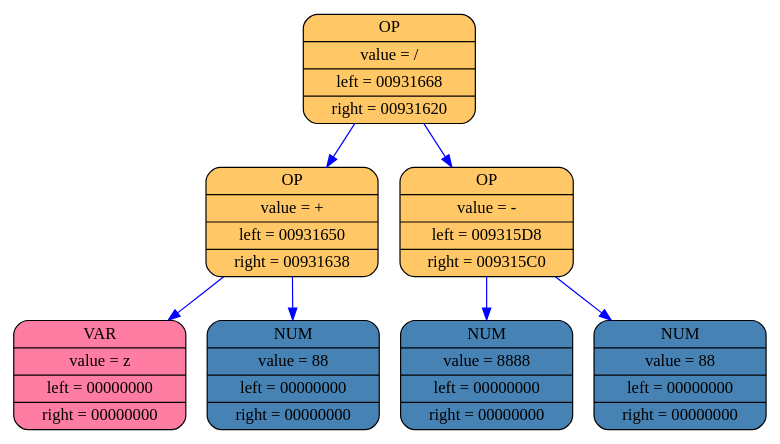
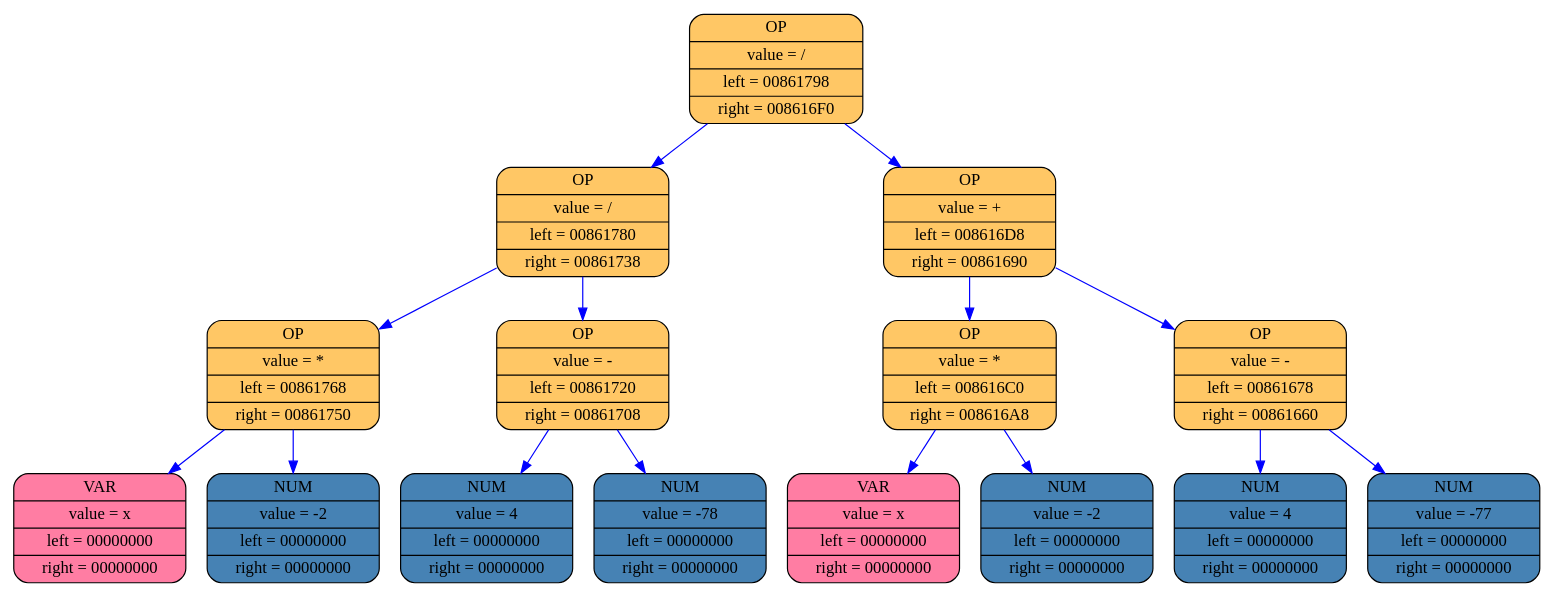
One commit to aywert/DIFFERENCIATOR changed the diagram in log_folder_differenciator/differenciator_graph.dot. Above: the diagram before and after it, drawn with Graphviz. The commit also changed 9 other files, not shown here.

```diff
--- a/log_folder_differenciator/differenciator_graph.dot
+++ b/log_folder_differenciator/differenciator_graph.dot
@@ -1,17 +1,33 @@
 digraph list
 {
 rankdir=HR;
-	9639556 [shape = Mrecord; style = filled; fillcolor="#ffc765"; color = "#000000"; fontcolor = "#000000"; label = "{ OP | value = / | left = 00931668| right = 00931620}"];
-	9639532 [shape = Mrecord; style = filled; fillcolor="#ffc765"; color = "#000000"; fontcolor = "#000000"; label = "{ OP | value = + | left = 00931650| right = 00931638}"];
-	9639556 -> 9639532 [color="blue"]
-	9639508 [shape = Mrecord; style = filled; fillcolor="#ff7da3"; color = "#000000"; fontcolor = "#000000"; label = "{ VAR | value = z | left = 00000000| right = 00000000}"];
-	9639532 -> 9639508 [color="blue"]
-	9639484 [shape = Mrecord; style = filled; fillcolor="#4682b4"; color = "#000000"; fontcolor = "#000000"; label = "{ NUM | value = 88 | left = 00000000| right = 00000000}"];
-	9639532 -> 9639484 [color="blue"]
-	9639460 [shape = Mrecord; style = filled; fillcolor="#ffc765"; color = "#000000"; fontcolor = "#000000"; label = "{ OP | value = - | left = 009315D8| right = 009315C0}"];
-	9639556 -> 9639460 [color="blue"]
-	9639388 [shape = Mrecord; style = filled; fillcolor="#4682b4"; color = "#000000"; fontcolor = "#000000"; label = "{ NUM | value = 8888 | left = 00000000| right = 00000000}"];
-	9639460 -> 9639388 [color="blue"]
-	9639364 [shape = Mrecord; style = filled; fillcolor="#4682b4"; color = "#000000"; fontcolor = "#000000"; label = "{ NUM | value = 88 | left = 00000000| right = 00000000}"];
-	9639460 -> 9639364 [color="blue"]
+	8787892 [shape = Mrecord; style = filled; fillcolor="#ffc765"; color = "#000000"; fontcolor = "#000000"; label = "{ OP | value = / | left = 00861798| right = 008616F0}"];
+	8787868 [shape = Mrecord; style = filled; fillcolor="#ffc765"; color = "#000000"; fontcolor = "#000000"; label = "{ OP | value = / | left = 00861780| right = 00861738}"];
+	8787892 -> 8787868 [color="blue"]
+	8787844 [shape = Mrecord; style = filled; fillcolor="#ffc765"; color = "#000000"; fontcolor = "#000000"; label = "{ OP | value = * | left = 00861768| right = 00861750}"];
+	8787868 -> 8787844 [color="blue"]
+	8787820 [shape = Mrecord; style = filled; fillcolor="#ff7da3"; color = "#000000"; fontcolor = "#000000"; label = "{ VAR | value = x | left = 00000000| right = 00000000}"];
+	8787844 -> 8787820 [color="blue"]
+	8787796 [shape = Mrecord; style = filled; fillcolor="#4682b4"; color = "#000000"; fontcolor = "#000000"; label = "{ NUM | value = -2 | left = 00000000| right = 00000000}"];
+	8787844 -> 8787796 [color="blue"]
+	8787772 [shape = Mrecord; style = filled; fillcolor="#ffc765"; color = "#000000"; fontcolor = "#000000"; label = "{ OP | value = - | left = 00861720| right = 00861708}"];
+	8787868 -> 8787772 [color="blue"]
+	8787748 [shape = Mrecord; style = filled; fillcolor="#4682b4"; color = "#000000"; fontcolor = "#000000"; label = "{ NUM | value = 4 | left = 00000000| right = 00000000}"];
+	8787772 -> 8787748 [color="blue"]
+	8787724 [shape = Mrecord; style = filled; fillcolor="#4682b4"; color = "#000000"; fontcolor = "#000000"; label = "{ NUM | value = -78 | left = 00000000| right = 00000000}"];
+	8787772 -> 8787724 [color="blue"]
+	8787700 [shape = Mrecord; style = filled; fillcolor="#ffc765"; color = "#000000"; fontcolor = "#000000"; label = "{ OP | value = + | left = 008616D8| right = 00861690}"];
+	8787892 -> 8787700 [color="blue"]
+	8787676 [shape = Mrecord; style = filled; fillcolor="#ffc765"; color = "#000000"; fontcolor = "#000000"; label = "{ OP | value = * | left = 008616C0| right = 008616A8}"];
+	8787700 -> 8787676 [color="blue"]
+	8787652 [shape = Mrecord; style = filled; fillcolor="#ff7da3"; color = "#000000"; fontcolor = "#000000"; label = "{ VAR | value = x | left = 00000000| right = 00000000}"];
+	8787676 -> 8787652 [color="blue"]
+	8787628 [shape = Mrecord; style = filled; fillcolor="#4682b4"; color = "#000000"; fontcolor = "#000000"; label = "{ NUM | value = -2 | left = 00000000| right = 00000000}"];
+	8787676 -> 8787628 [color="blue"]
+	8787604 [shape = Mrecord; style = filled; fillcolor="#ffc765"; color = "#000000"; fontcolor = "#000000"; label = "{ OP | value = - | left = 00861678| right = 00861660}"];
+	8787700 -> 8787604 [color="blue"]
+	8787580 [shape = Mrecord; style = filled; fillcolor="#4682b4"; color = "#000000"; fontcolor = "#000000"; label = "{ NUM | value = 4 | left = 00000000| right = 00000000}"];
+	8787604 -> 8787580 [color="blue"]
+	8787556 [shape = Mrecord; style = filled; fillcolor="#4682b4"; color = "#000000"; fontcolor = "#000000"; label = "{ NUM | value = -77 | left = 00000000| right = 00000000}"];
+	8787604 -> 8787556 [color="blue"]
 	}
```
